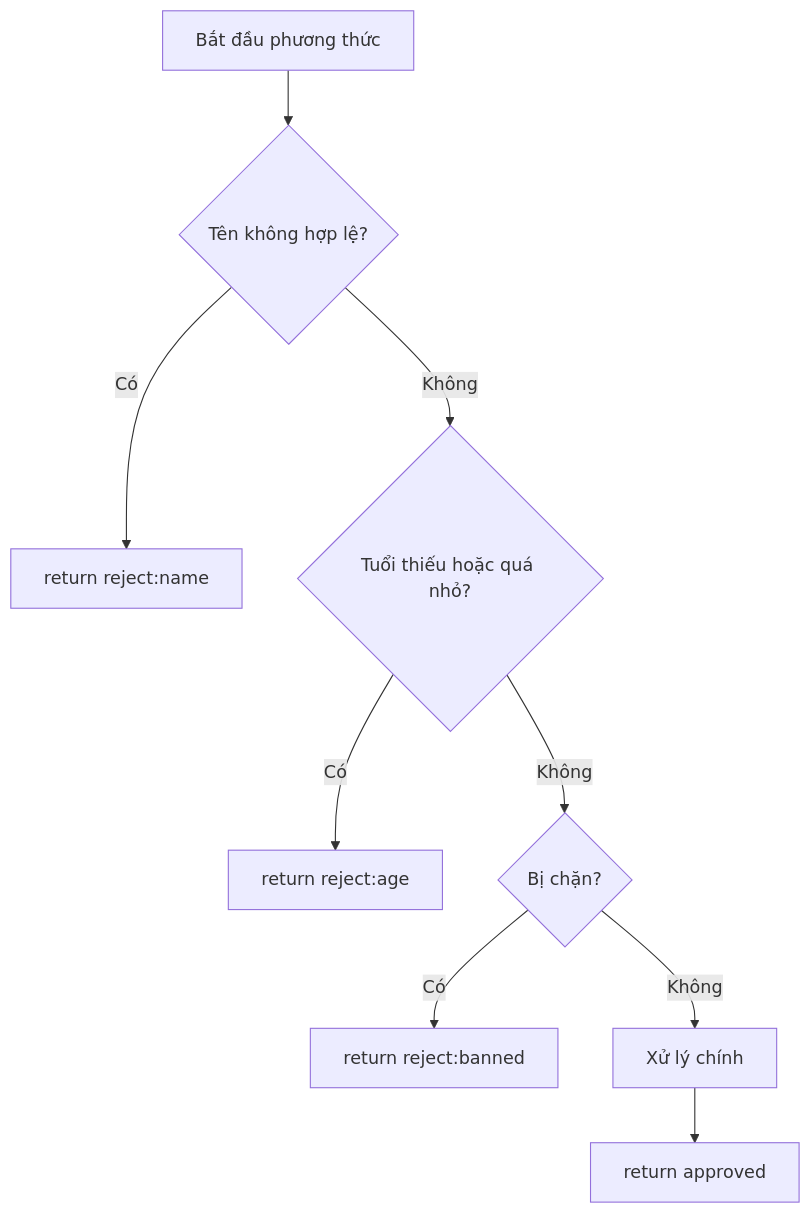
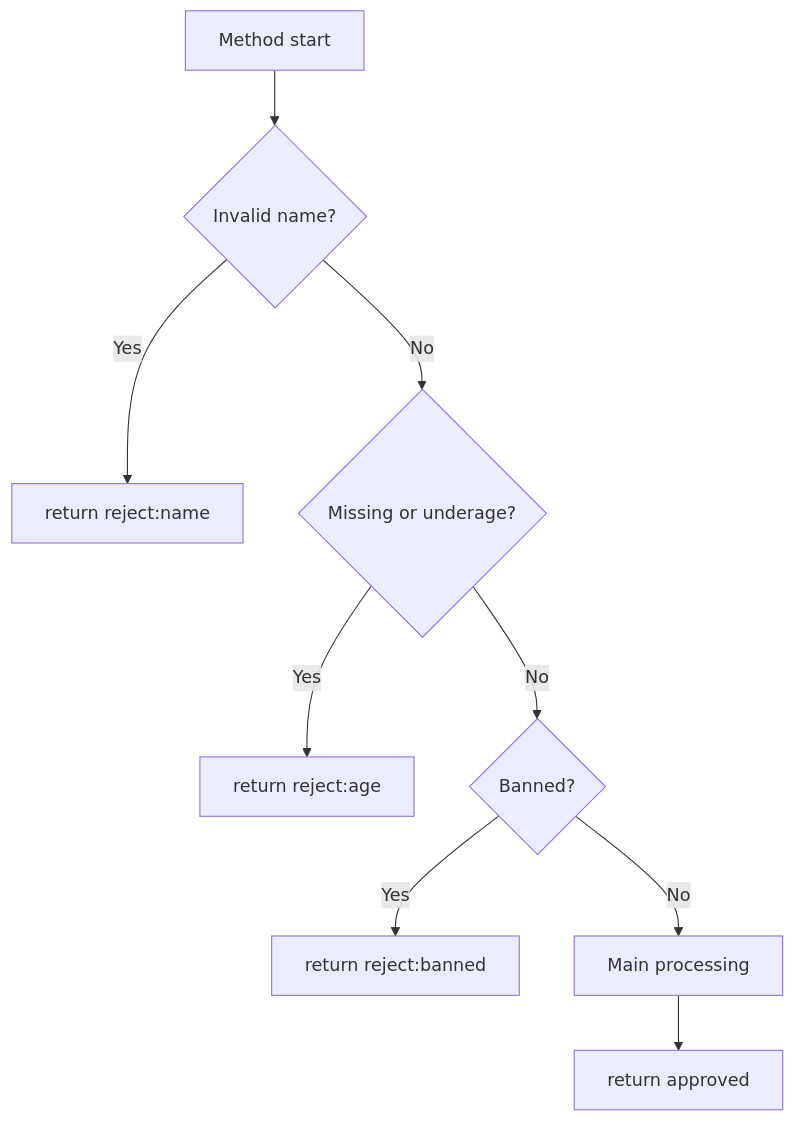
Before and after one commit to phuongnguyenit93/learning-platform-data: the diagram in module/platform/development/programming/language/java/core/language-basics/content/knowledge/en/19.if-statements/if-statements-007.md, drawn with Mermaid. The commit also changed other lines of this file and 2307 other files, not shown here.

```diff
--- a/module/platform/development/programming/language/java/core/language-basics/content/knowledge/en/19.if-statements/if-statements-007.md
+++ b/module/platform/development/programming/language/java/core/language-basics/content/knowledge/en/19.if-statements/if-statements-007.md
@@ -255,11 +255,11 @@
 ~~~mermaid
 flowchart TD
-    A["Bắt đầu phương thức"] --> B{"Tên không hợp lệ?"}
-    B -- "Có" --> R1["return reject:name"]
-    B -- "Không" --> C{"Tuổi thiếu hoặc quá nhỏ?"}
-    C -- "Có" --> R2["return reject:age"]
-    C -- "Không" --> D{"Bị chặn?"}
-    D -- "Có" --> R3["return reject:banned"]
-    D -- "Không" --> E["Xử lý chính"]
+    A["Method start"] --> B{"Invalid name?"}
+    B -- "Yes" --> R1["return reject:name"]
+    B -- "No" --> C{"Missing or underage?"}
+    C -- "Yes" --> R2["return reject:age"]
+    C -- "No" --> D{"Banned?"}
+    D -- "Yes" --> R3["return reject:banned"]
+    D -- "No" --> E["Main processing"]
     E --> F["return approved"]
 ~~~
```
